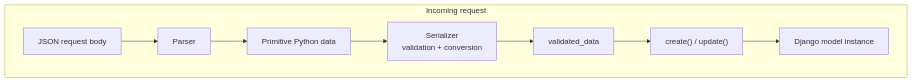
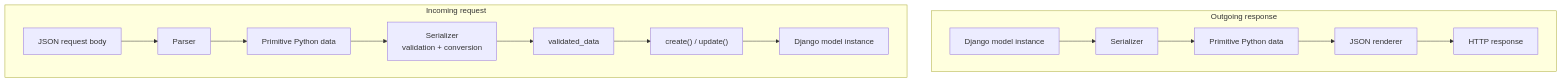
The second of 4 diagrams in src/content/drf/serializers.md (AvadhBhalodiya/Interview-Preparation), drawn with Mermaid before and after one commit. The commit also changed other lines of this file and 113 other files, not shown here.

````diff
--- a/src/content/drf/serializers.md
+++ b/src/content/drf/serializers.md
@@ -54,11 +70,17 @@
 ```mermaid
 flowchart TD
+    subgraph OUTBOUND[Outgoing response]
+        OA[Django model instance] --> OB[Serializer]
+        OB --> OC[Primitive Python data]
+        OC --> OD[JSON renderer]
+        OD --> OE[HTTP response]
+    end
     subgraph INBOUND[Incoming request]
-        A[JSON request body] --> B[Parser]
-        B --> C[Primitive Python data]
-        C --> D[Serializer<br/>validation + conversion]
-        D --> E[validated_data]
-        E --> F["create() / update()"]
-        F --> G[Django model instance]
+        IA[JSON request body] --> IB[Parser]
+        IB --> IC[Primitive Python data]
+        IC --> ID[Serializer<br/>validation + conversion]
+        ID --> IE[validated_data]
+        IE --> IF["create() / update()"]
+        IF --> IG[Django model instance]
     end
 ```
````
